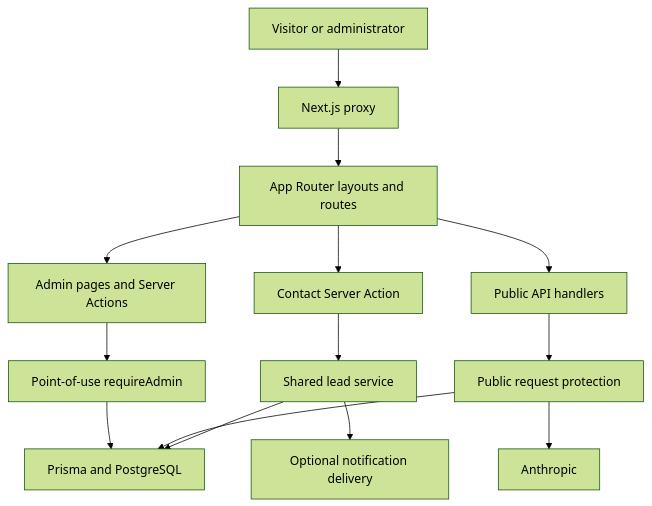
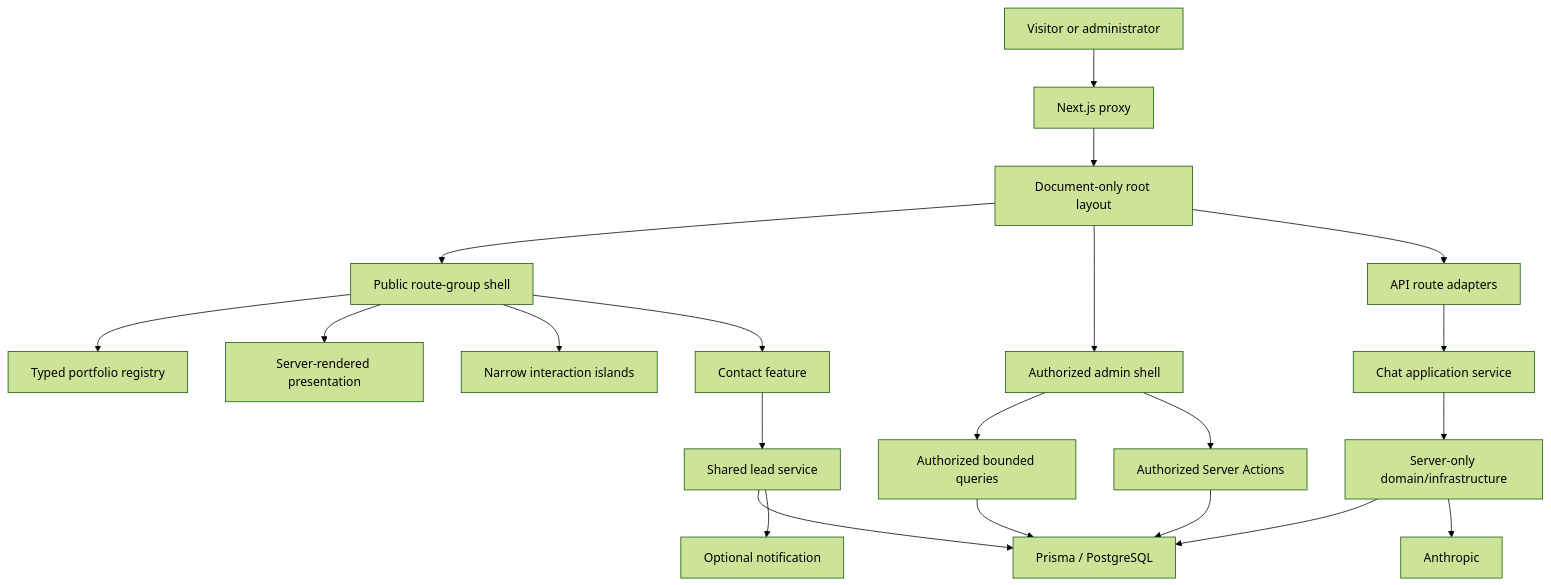
One commit to insidedopamineacademy-cmd/Business-Inside-Dopamine-Webapp changed the diagram in PRD.md. Above: the diagram before and after it, drawn with Mermaid (forest theme). The commit also changed other lines of this file and 124 other files, not shown here.

Commit message:
Complete Phase 2 architecture refactor and documentation sync

````diff
--- a/PRD.md
+++ b/PRD.md
@@ -113,16 +147,23 @@
 ```mermaid
 flowchart TD
     U["Visitor or administrator"] --> P["Next.js proxy"]
-    P --> R["App Router layouts and routes"]
-    R --> A["Admin pages and Server Actions"]
-    A --> AU["Point-of-use requireAdmin"]
-    AU --> DB["Prisma and PostgreSQL"]
-    R --> C["Contact Server Action"]
-    R --> API["Public API handlers"]
-    C --> L["Shared lead service"]
-    API --> Q["Public request protection"]
-    Q --> AI["Anthropic"]
-    Q --> DB
-    L --> DB
-    L --> N["Optional notification delivery"]
+    P --> ROOT["Document-only root layout"]
+    ROOT --> PUB["Public route-group shell"]
+    ROOT --> ADM["Authorized admin shell"]
+    ROOT --> HTTP["API route adapters"]
+    PUB --> PORT["Typed portfolio registry"]
+    PUB --> STATIC["Server-rendered presentation"]
+    PUB --> UI["Narrow interaction islands"]
+    ADM --> AQ["Authorized bounded queries"]
+    ADM --> AA["Authorized Server Actions"]
+    HTTP --> CHAT["Chat application service"]
+    PUB --> CONTACT["Contact feature"]
+    CHAT --> INFRA["Server-only domain/infrastructure"]
+    CONTACT --> LEAD["Shared lead service"]
+    AQ --> DB["Prisma / PostgreSQL"]
+    AA --> DB
+    INFRA --> DB
+    LEAD --> DB
+    INFRA --> AI["Anthropic"]
+    LEAD --> N["Optional notification"]
 ```
````
